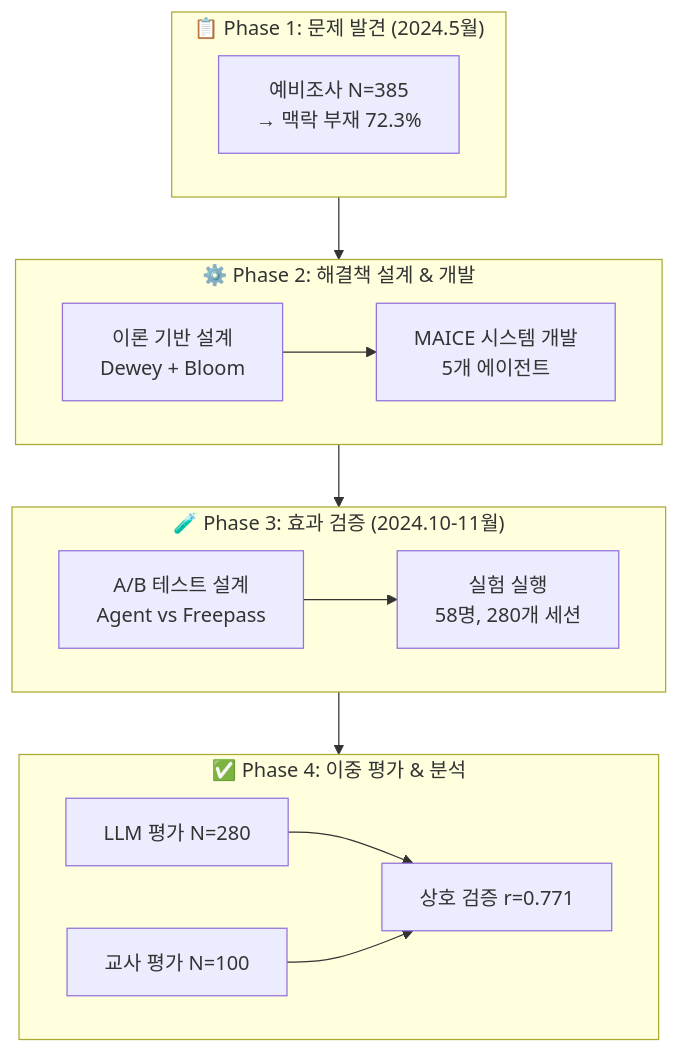
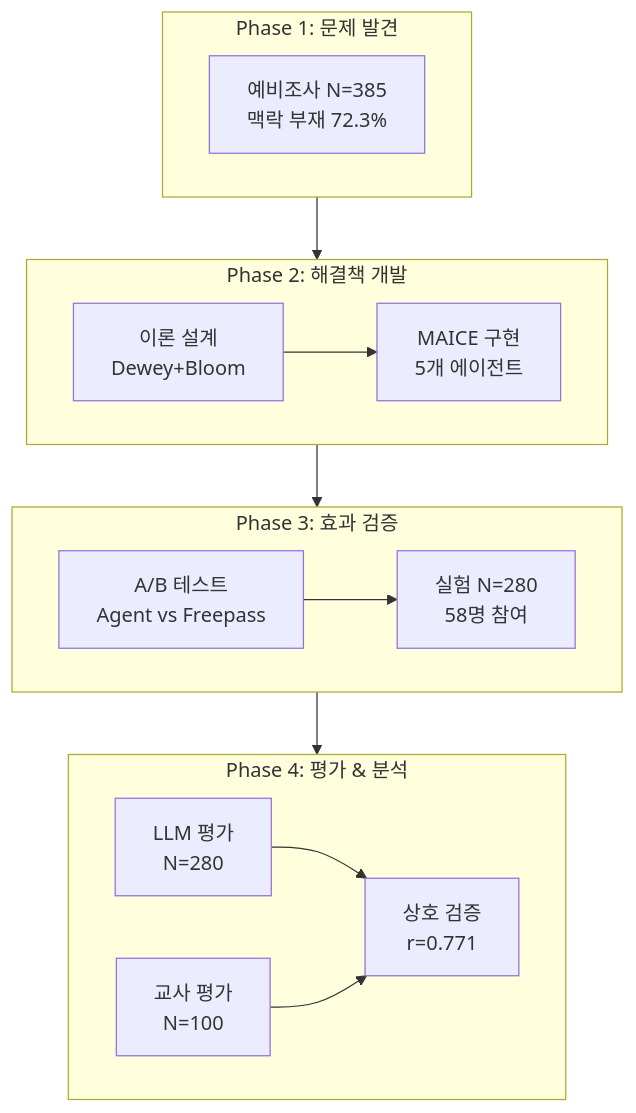
The second of 2 diagrams in docs/chapters/01-introduction.md (KimKyuBong/maice-paper-deploy), drawn with Mermaid before and after one commit.

Commit message:
그림 1-2 이모지 제거 (Obsidian 렌더링 호환)
문제:
- 이모지가 Obsidian mermaid 렌더링 방해

수정:
- 모든 이모지 제거 (📋 ⚙️ 🧪 ✅)
- 단순 텍스트로 변경
- 4개 Phase 구조 유지

Obsidian 호환성 확보!

````diff
--- a/docs/chapters/01-introduction.md
+++ b/docs/chapters/01-introduction.md
@@ -205,30 +205,30 @@
 ```mermaid
 graph TB
-    subgraph Phase1["📋 Phase 1: 문제 발견 (2024.5월)"]
-        A[예비조사 N=385<br/>→ 맥락 부재 72.3%]
+    subgraph P1["Phase 1: 문제 발견"]
+        A["예비조사 N=385<br/>맥락 부재 72.3%"]
     end
     
-    subgraph Phase2["⚙️ Phase 2: 해결책 설계 & 개발"]
-        B[이론 기반 설계<br/>Dewey + Bloom]
-        C[MAICE 시스템 개발<br/>5개 에이전트]
+    subgraph P2["Phase 2: 해결책 개발"]
+        B["이론 설계<br/>Dewey+Bloom"]
+        C["MAICE 구현<br/>5개 에이전트"]
         B --> C
     end
     
-    subgraph Phase3["🧪 Phase 3: 효과 검증 (2024.10-11월)"]
-        D[A/B 테스트 설계<br/>Agent vs Freepass]
-        E[실험 실행<br/>58명, 280개 세션]
+    subgraph P3["Phase 3: 효과 검증"]
+        D["A/B 테스트<br/>Agent vs Freepass"]
+        E["실험 N=280<br/>58명 참여"]
         D --> E
     end
     
-    subgraph Phase4["✅ Phase 4: 이중 평가 & 분석"]
-        F[LLM 평가 N=280]
-        G[교사 평가 N=100]
-        H[상호 검증 r=0.771]
+    subgraph P4["Phase 4: 평가 & 분석"]
+        F["LLM 평가<br/>N=280"]
+        G["교사 평가<br/>N=100"]
+        H["상호 검증<br/>r=0.771"]
         F --> H
         G --> H
     end
     
-    Phase1 --> Phase2
-    Phase2 --> Phase3
-    Phase3 --> Phase4
+    P1 --> P2
+    P2 --> P3
+    P3 --> P4
 ```
````
